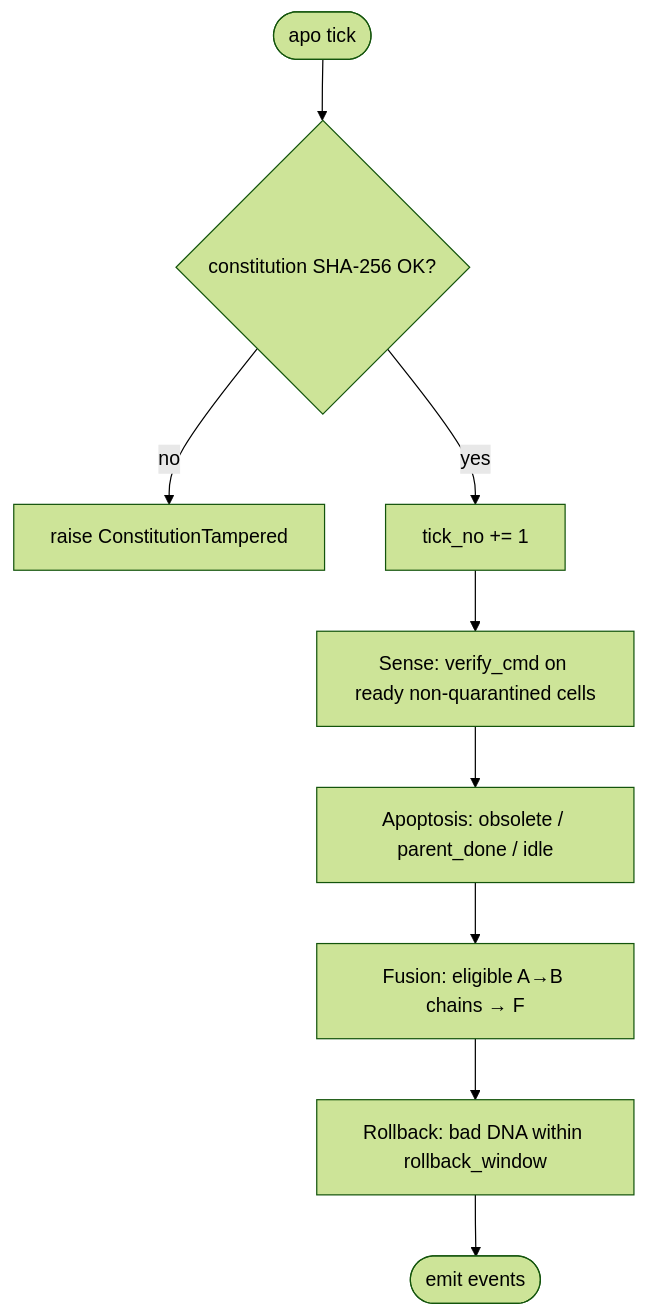
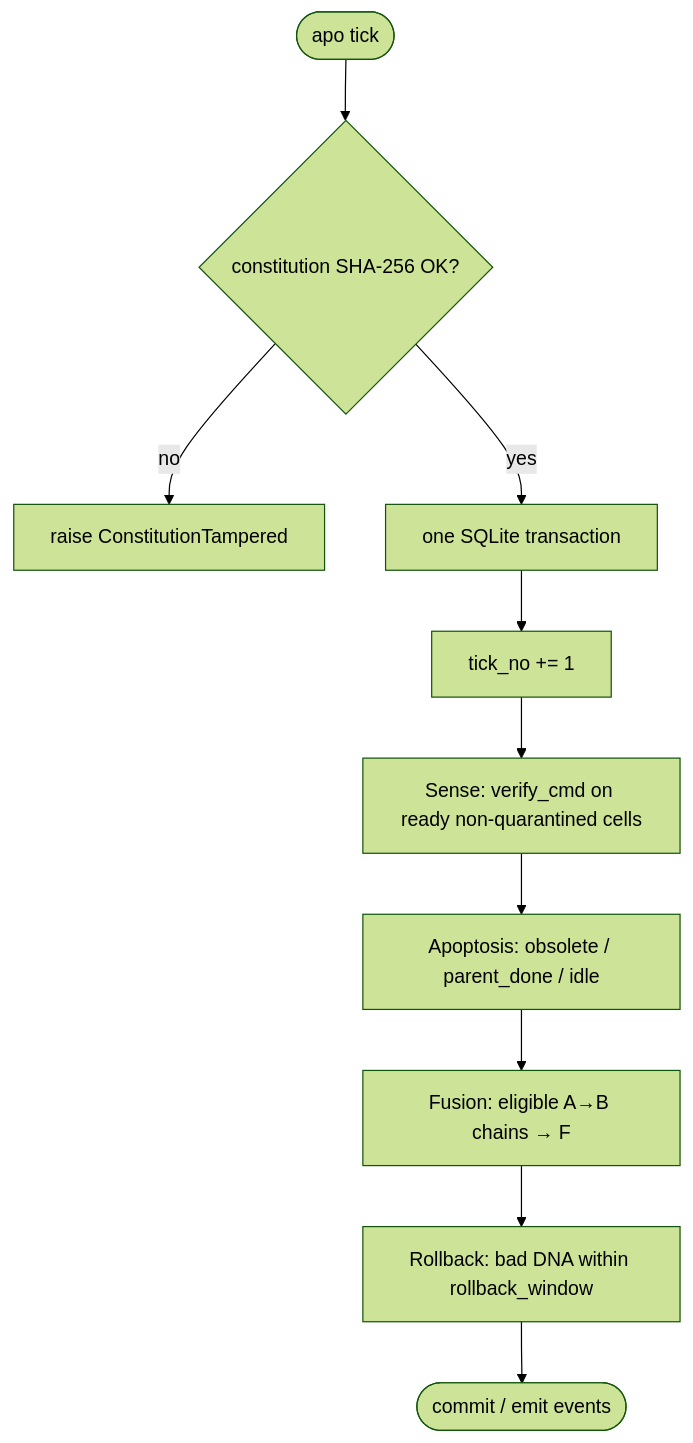
The diagram in docs/concepts.md (BEKO2210/autopoiesis), drawn with Mermaid (forest theme) before and after one commit. The commit also changed other lines of this file, not shown here.

Commit message:
docs: clarify tick transaction and empty split behaviour

````diff
--- a/docs/concepts.md
+++ b/docs/concepts.md
@@ -82,11 +93,12 @@
 ```mermaid
 flowchart TD
   start([apo tick]) --> hash{constitution SHA-256 OK?}
   hash -->|no| tamper[raise ConstitutionTampered]
-  hash -->|yes| inc[tick_no += 1]
+  hash -->|yes| txn[one SQLite transaction]
+  txn --> inc[tick_no += 1]
   inc --> sense[Sense: verify_cmd on ready non-quarantined cells]
   sense --> apo[Apoptosis: obsolete / parent_done / idle]
   apo --> fus[Fusion: eligible A→B chains → F]
   fus --> rb[Rollback: bad DNA within rollback_window]
-  rb --> done([emit events])
+  rb --> done([commit / emit events])
 ```
````
